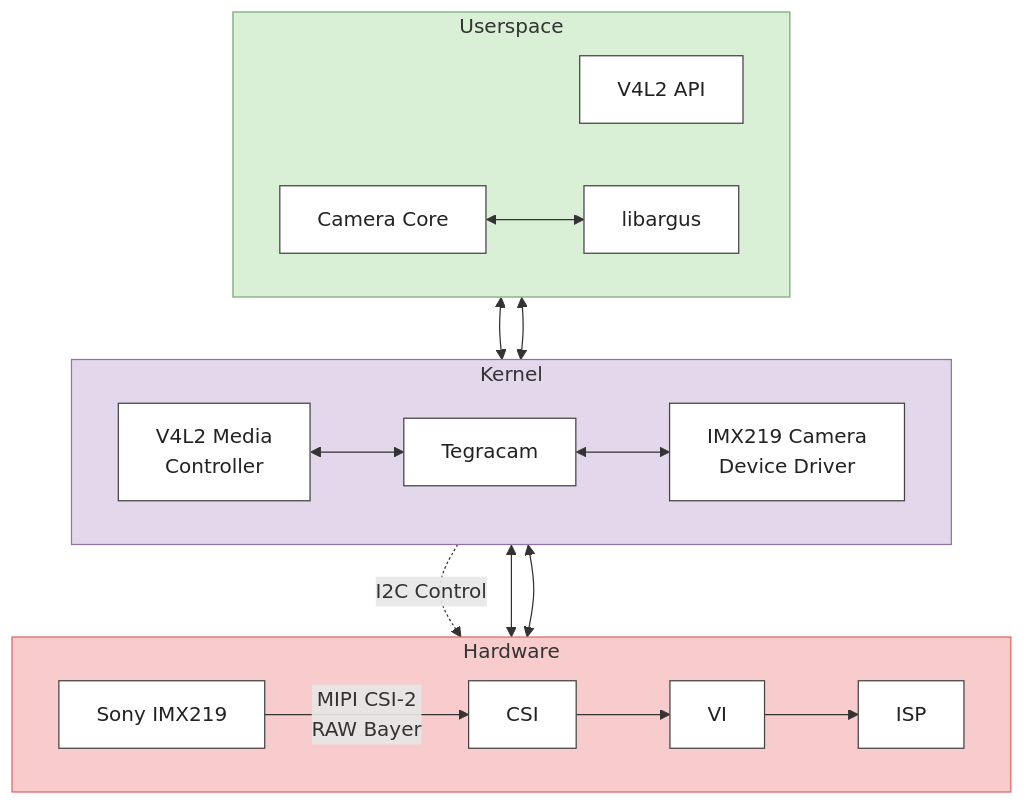
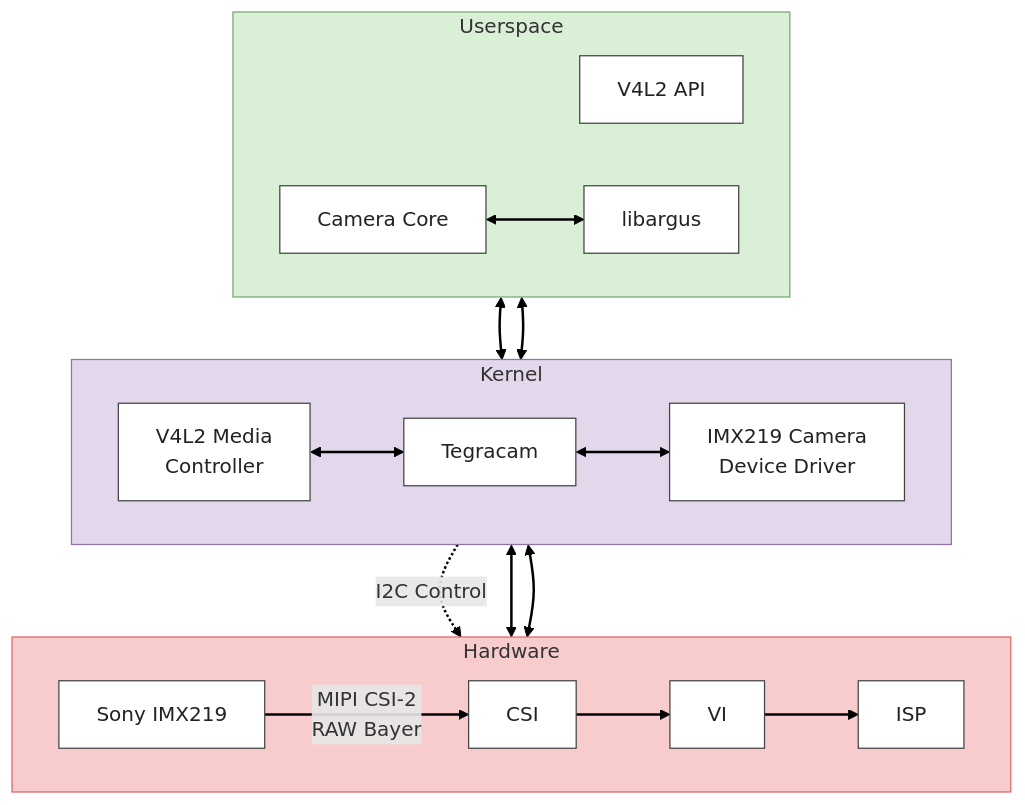
One commit to gabtor01/gabriel-torres-projects changed the diagram in projects/imx219-driver-integration/README.md. Above: the diagram before and after it, drawn with Mermaid.

Commit message:
Update: README.md

````diff
--- a/projects/imx219-driver-integration/README.md
+++ b/projects/imx219-driver-integration/README.md
@@ -52,55 +52,56 @@
 ```mermaid
 flowchart TB
 
     subgraph USERSPACE["Userspace"]
         direction LR
         U1["V4L2 API"]
         U2["Camera Core"]
         U3["libargus"]
     end
 
     subgraph KERNEL["Kernel"]
         direction LR
         K1["V4L2 Media<br/>Controller"]
         K2["Tegracam"]
         K3["IMX219 Camera<br/>Device Driver"]
     end
 
     subgraph HARDWARE["Hardware"]
         direction LR
         H1["Sony IMX219"]
         H2["CSI"]
         H3["VI"]
         H4["ISP"]
     end
 
     %% Userspace
     U2 <--> U3
 
     %% Userspace ↔ Kernel
     U1 <--> K1
     U2 <--> K2
 
     %% Kernel
     K1 <--> K2
     K2 <--> K3
 
     %% Hardware data path
     H1 -->|"MIPI CSI-2<br/>RAW Bayer"| H2
     H2 --> H3
     H3 --> H4
 
     %% Control / framework
     K3 -.->|"I2C Control"| H1
     K2 <--> H3
     K2 <--> H4
 
     %% Layer colors
     style HARDWARE fill:#f8cccc,stroke:#d66
     style KERNEL fill:#e3d7eb,stroke:#9273a8
     style USERSPACE fill:#d9efd6,stroke:#78a875
 
     %% Components
     classDef component fill:#fff,stroke:#444,color:#222
     class U1,U2,U3,K1,K2,K3,H1,H2,H3,H4 component
+    linkStyle default stroke:#000,stroke-width:2px;
 ```
````
